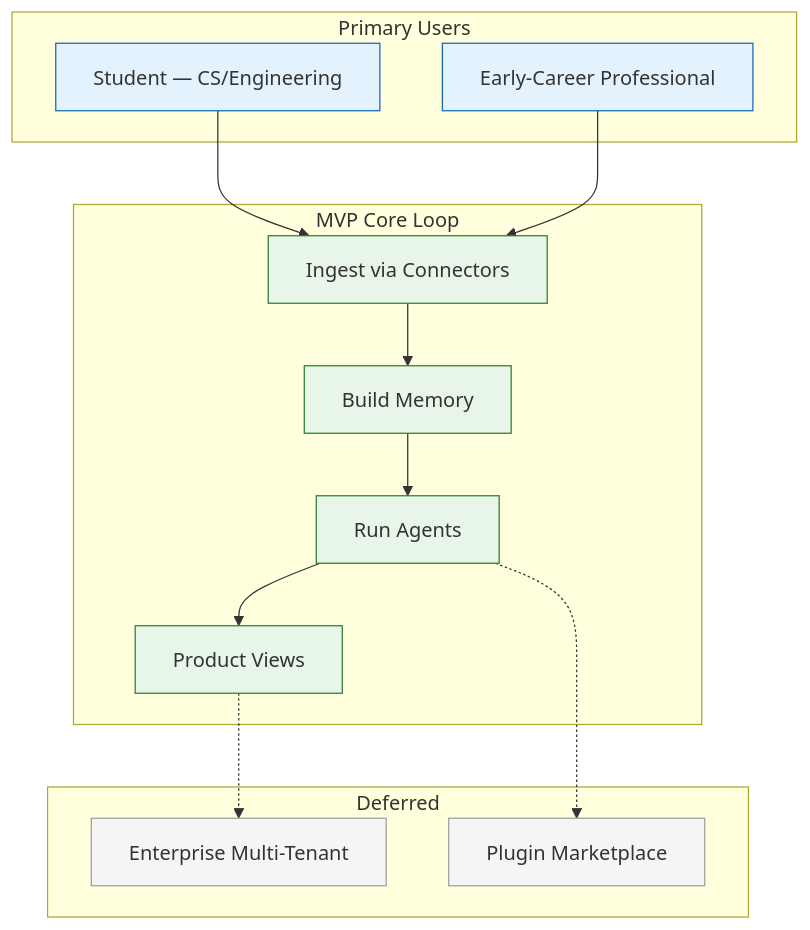
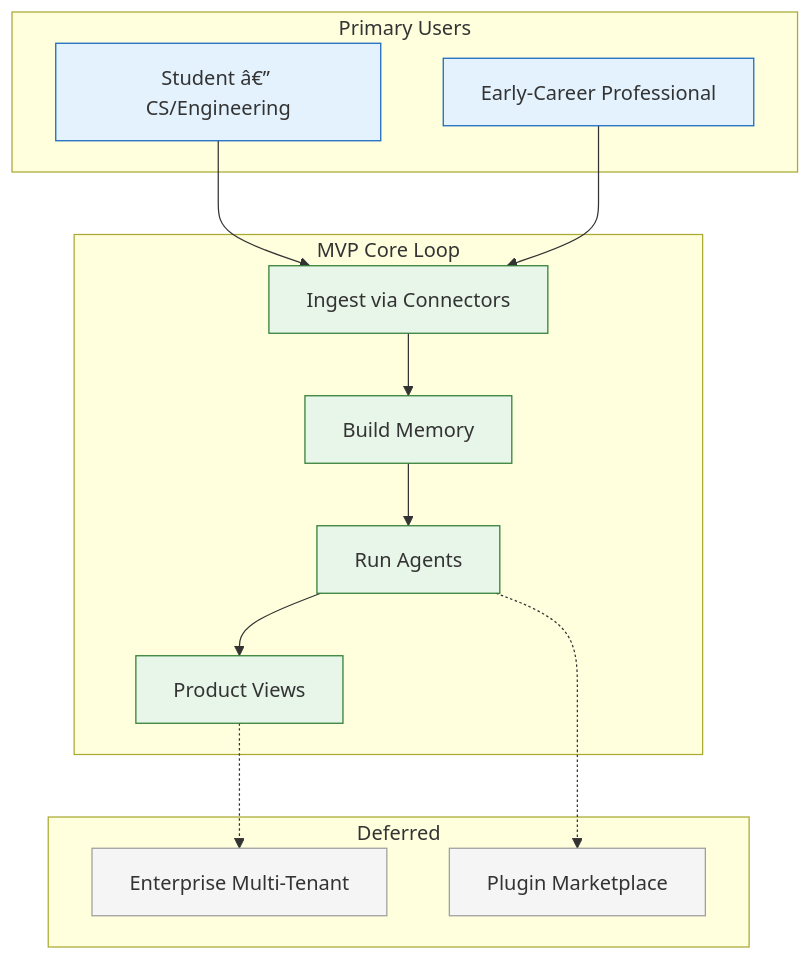
The diagram in Docs/Product/PRD.md (Driftloom/Vaeloom), drawn with Mermaid before and after one commit. The commit also changed other lines of this file and 249 other files, not shown here.

````diff
--- a/Docs/Product/PRD.md
+++ b/Docs/Product/PRD.md
@@ -48,31 +48,31 @@
 ```mermaid
 graph TD
     subgraph Users["Primary Users"]
-        U1["Student — CS/Engineering"]
+        U1["Student â€” CS/Engineering"]
         U2["Early-Career Professional"]
     end
 
     subgraph CoreLoop["MVP Core Loop"]
         ING["Ingest via Connectors"]
         MEM["Build Memory"]
         AGT["Run Agents"]
         VIEW["Product Views"]
     end
 
     subgraph Out["Deferred"]
         ENT["Enterprise Multi-Tenant"]
         MKT["Plugin Marketplace"]
     end
 
     U1 & U2 --> ING --> MEM --> AGT --> VIEW
     VIEW -.-> ENT
     AGT -.-> MKT
 
     classDef user fill:#e3f2fd,stroke:#1565c0
     classDef core fill:#e8f5e9,stroke:#2e7d32
     classDef defer fill:#f5f5f5,stroke:#9e9e9e
 
     class U1,U2 user
     class ING,MEM,AGT,VIEW core
     class ENT,MKT defer
 ```
````
